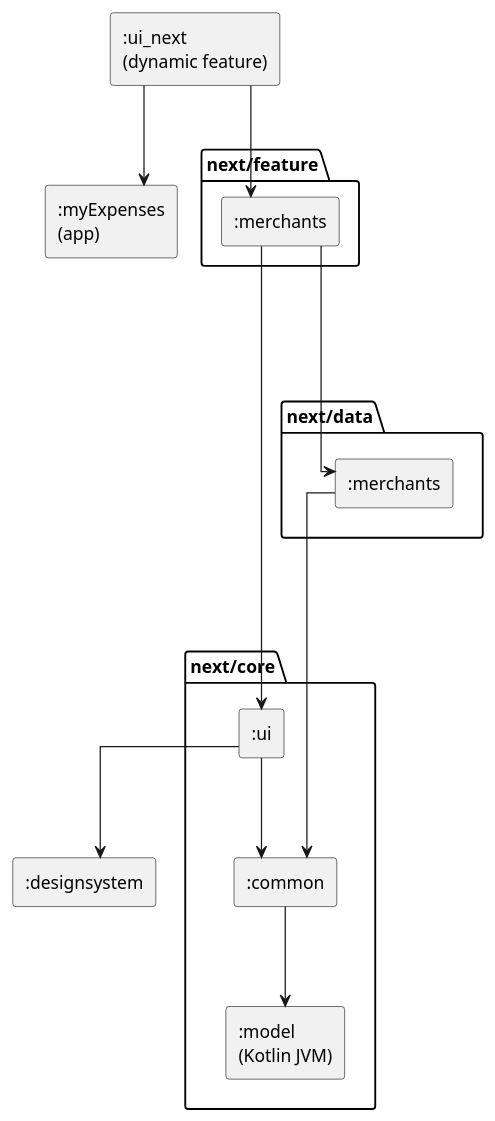
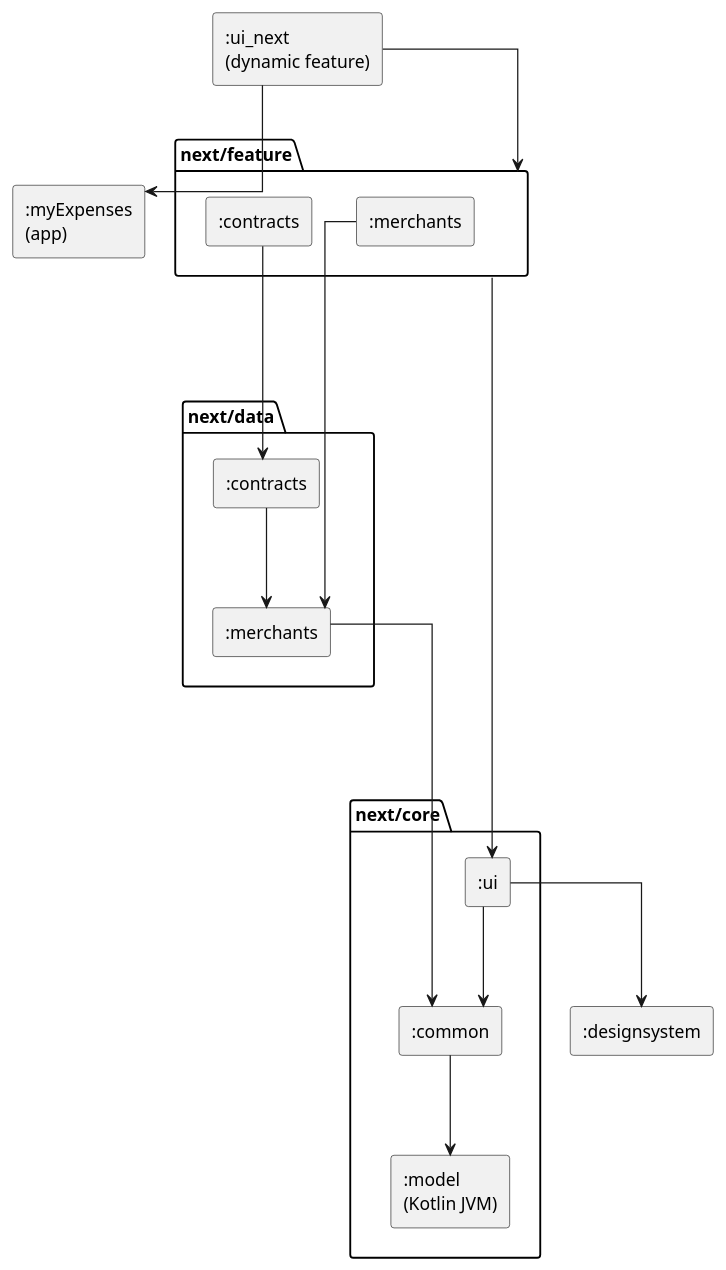
One commit to mtotschnig/MyExpenses changed the diagram in ui_next/modules.puml. Above: the diagram before and after it, drawn with PlantUML. The commit also changed 7 other files, not shown here.

```diff
--- a/ui_next/modules.puml
+++ b/ui_next/modules.puml
@@ -1,41 +1,45 @@
 @startuml modules
 ' Generated by the task moduleGraph of build-logic (ModuleGraphPlugin), do not edit.
 ' Dependencies between the modules of the new UI, rule `mod-diagram` of ARCHITECTURE.md.
 ' An edge that follows from a longer path is left out.
+' An edge from or to a package stands for an edge from or to every module in it.
 skinparam componentStyle rectangle
 skinparam linetype ortho
 skinparam ranksep 80
 top to bottom direction
 
 [:designsystem] as mDesignsystem
 [:myExpenses\n(app)] as mMyExpenses
 [:ui_next\n(dynamic feature)] as mUiNext
 
 package "next/core" as pNextCore {
     [:common] as mNextCoreCommon
     [:model\n(Kotlin JVM)] as mNextCoreModel
     [:ui] as mNextCoreUi
 }
 
 package "next/data" as pNextData {
+    [:contracts] as mNextDataContracts
     [:merchants] as mNextDataMerchants
 }
 
 package "next/feature" as pNextFeature {
+    [:contracts] as mNextFeatureContracts
     [:merchants] as mNextFeatureMerchants
 }
 
 ' Layout only
 mNextDataMerchants -[hidden]--> pNextCore
-mNextFeatureMerchants -[hidden]--> pNextCore
 mNextFeatureMerchants -[hidden]--> pNextData
 
+mUiNext --> pNextFeature
+pNextFeature --> mNextCoreUi
 mNextCoreCommon --> mNextCoreModel
 mNextCoreUi --> mDesignsystem
 mNextCoreUi --> mNextCoreCommon
+mNextDataContracts --> mNextDataMerchants
 mNextDataMerchants --> mNextCoreCommon
-mNextFeatureMerchants --> mNextCoreUi
+mNextFeatureContracts --> mNextDataContracts
 mNextFeatureMerchants --> mNextDataMerchants
 mUiNext --> mMyExpenses
-mUiNext --> mNextFeatureMerchants
 @enduml
```
